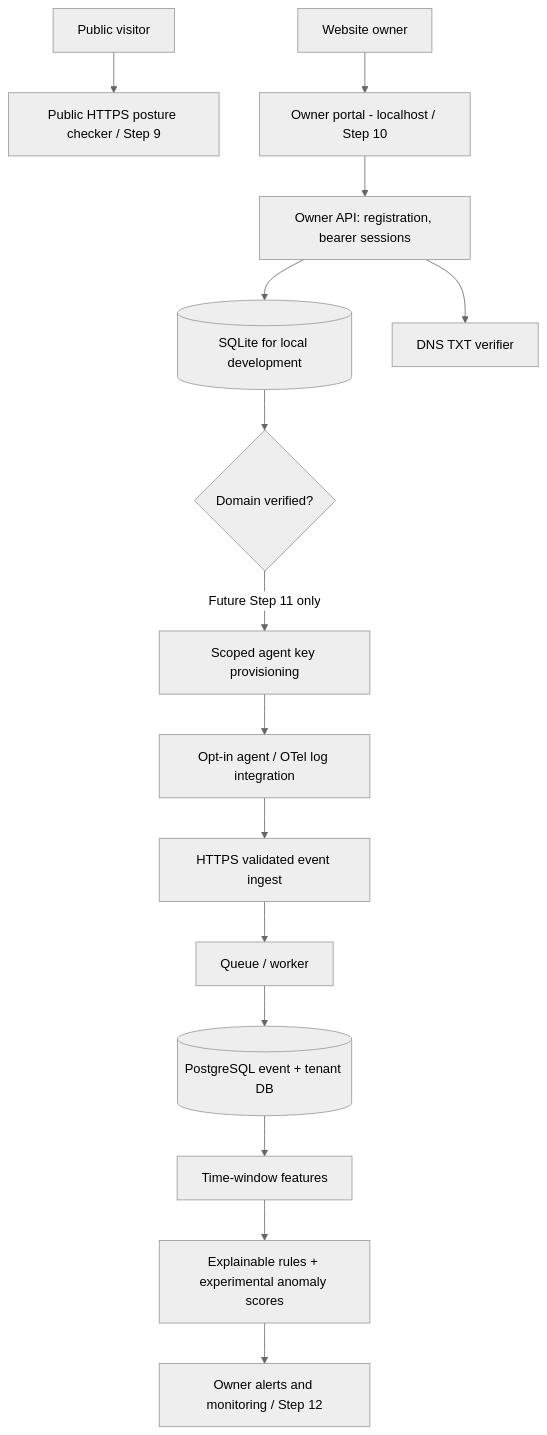
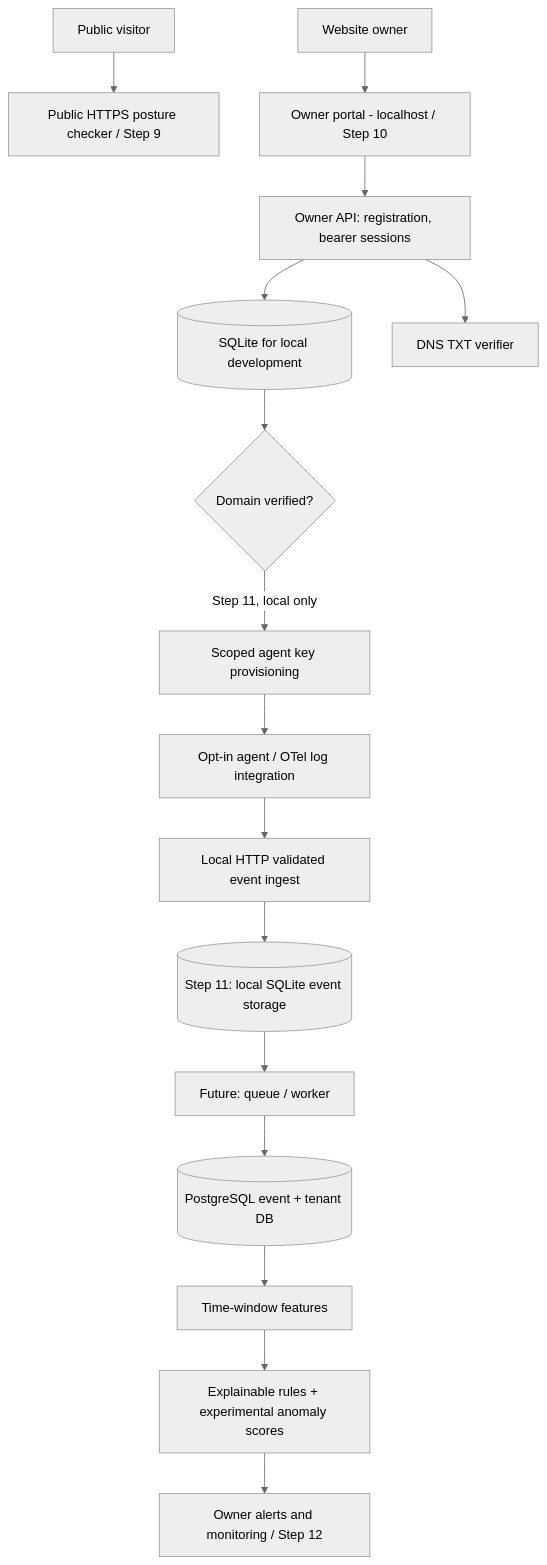
Before and after one commit to idozii/CyberSentinel-AI-powered-Security-Dashboard: the diagram in docs/OWNER_PLATFORM_ROADMAP.md, drawn with Mermaid (neutral theme). The commit also changed other lines of this file and 30 other files, not shown here.

Commit message:
feat: add local scoped telemetry agent and ingestion

````diff
--- a/docs/OWNER_PLATFORM_ROADMAP.md
+++ b/docs/OWNER_PLATFORM_ROADMAP.md
@@ -10,17 +10,18 @@
 ```mermaid
 flowchart TD
     V[Public visitor] --> C[Public HTTPS posture checker / Step 9]
     O[Website owner] --> P[Owner portal - localhost / Step 10]
     P --> A[Owner API: registration, bearer sessions]
     A --> D[(SQLite for local development)]
     A --> TXT[DNS TXT verifier]
     D --> G{Domain verified?}
-    G -->|Future Step 11 only| KEY[Scoped agent key provisioning]
+    G -->|Step 11, local only| KEY[Scoped agent key provisioning]
     KEY --> AGENT[Opt-in agent / OTel log integration]
-    AGENT --> INGEST[HTTPS validated event ingest]
-    INGEST --> Q[Queue / worker]
+    AGENT --> INGEST[Local HTTP validated event ingest]
+    INGEST --> SQLITE[(Step 11: local SQLite event storage)]
+    SQLITE --> Q[Future: queue / worker]
     Q --> DB[(PostgreSQL event + tenant DB)]
     DB --> FEAT[Time-window features]
     FEAT --> RULE[Explainable rules + experimental anomaly scores]
     RULE --> UI[Owner alerts and monitoring / Step 12]
 ```
````
